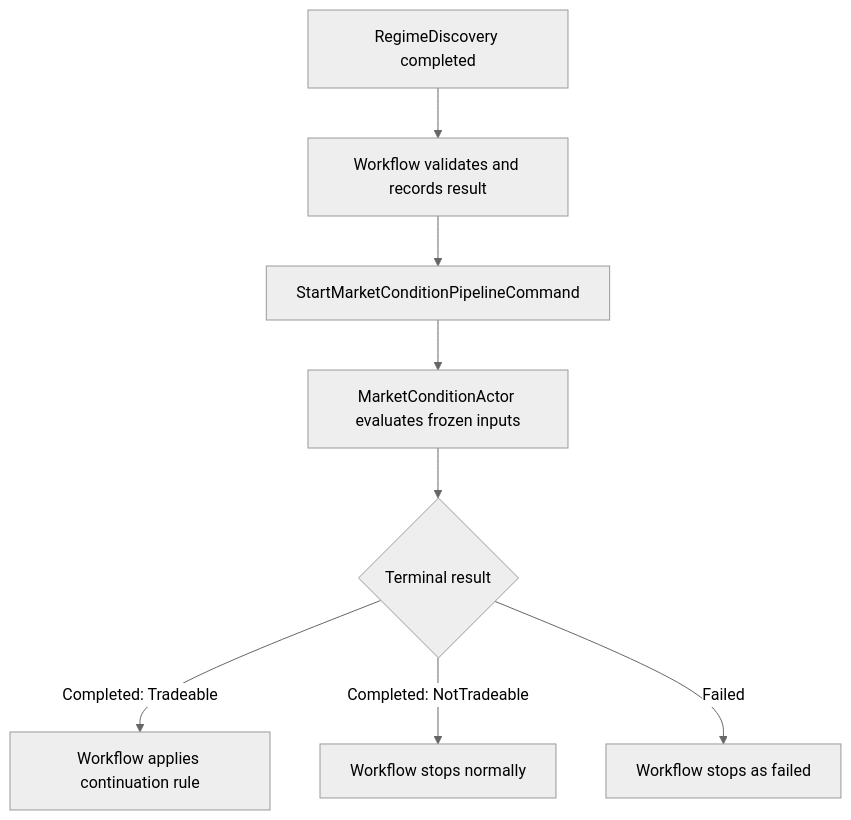
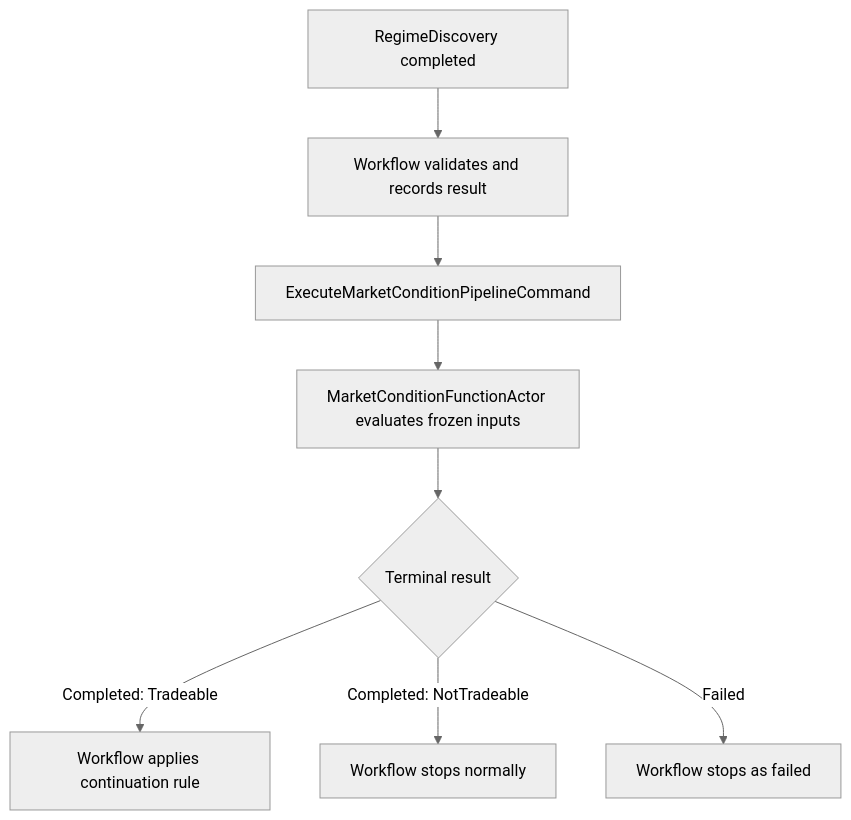
One commit to basilthomas911/IFM changed the diagram in TomasAI.IFM.Domain.Trade/Strategy/Workflow/IntrinsicTime/MarketCondition/Docs/MarketCondition-High-Level-Design-v0.1.md. Above: the diagram before and after it, drawn with Mermaid (neutral theme). The commit also changed other lines of this file and 42 other files, not shown here.

Commit message:
feat(trade): complete market condition implementation

````diff
--- a/TomasAI.IFM.Domain.Trade/Strategy/Workflow/IntrinsicTime/MarketCondition/Docs/MarketCondition-High-Level-Design-v0.1.md
+++ b/TomasAI.IFM.Domain.Trade/Strategy/Workflow/IntrinsicTime/MarketCondition/Docs/MarketCondition-High-Level-Design-v0.1.md
@@ -41,10 +41,10 @@
 ```mermaid
 flowchart TD
     A["RegimeDiscovery completed"] --> B["Workflow validates and records result"]
-    B --> C["StartMarketConditionPipelineCommand"]
-    C --> D["MarketConditionActor evaluates frozen inputs"]
+    B --> C["ExecuteMarketConditionPipelineCommand"]
+    C --> D["MarketConditionFunctionActor evaluates frozen inputs"]
     D --> E{"Terminal result"}
     E -->|"Completed: Tradeable"| F["Workflow applies continuation rule"]
     E -->|"Completed: NotTradeable"| G["Workflow stops normally"]
     E -->|"Failed"| H["Workflow stops as failed"]
 ```
````
